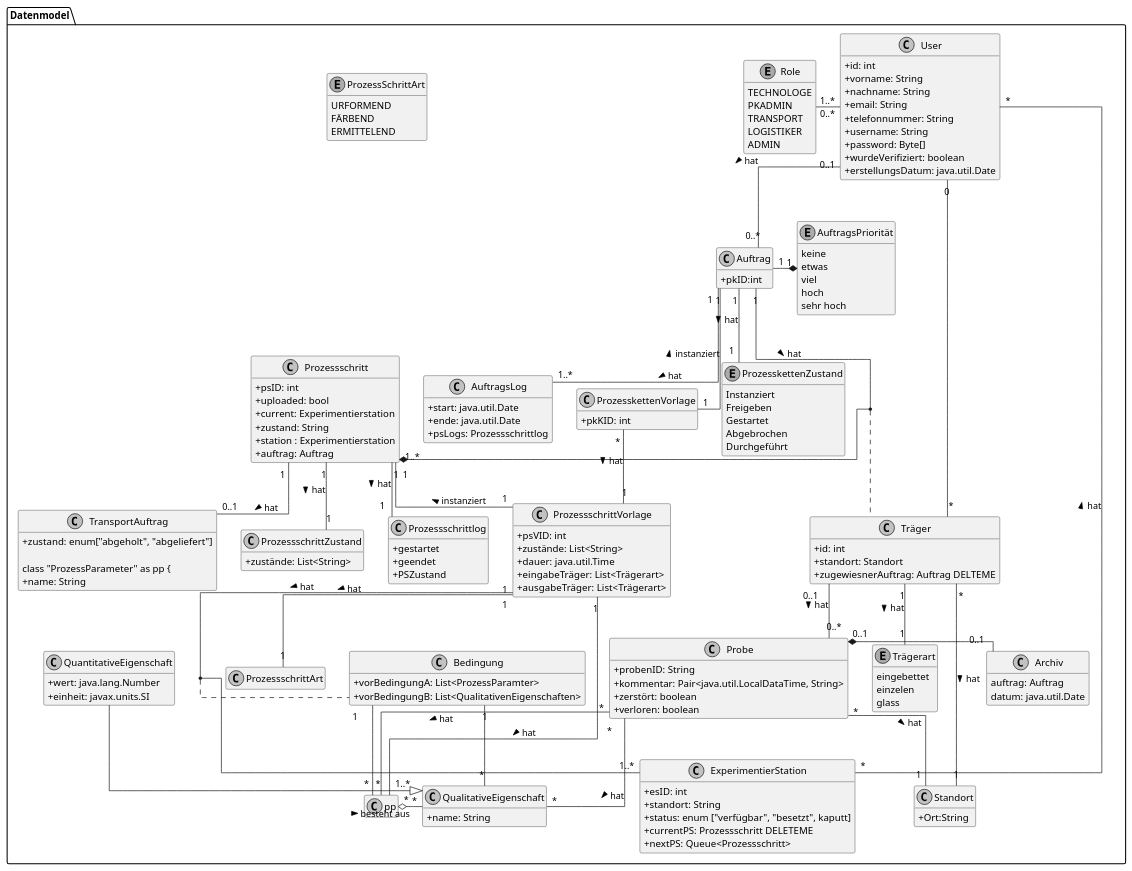
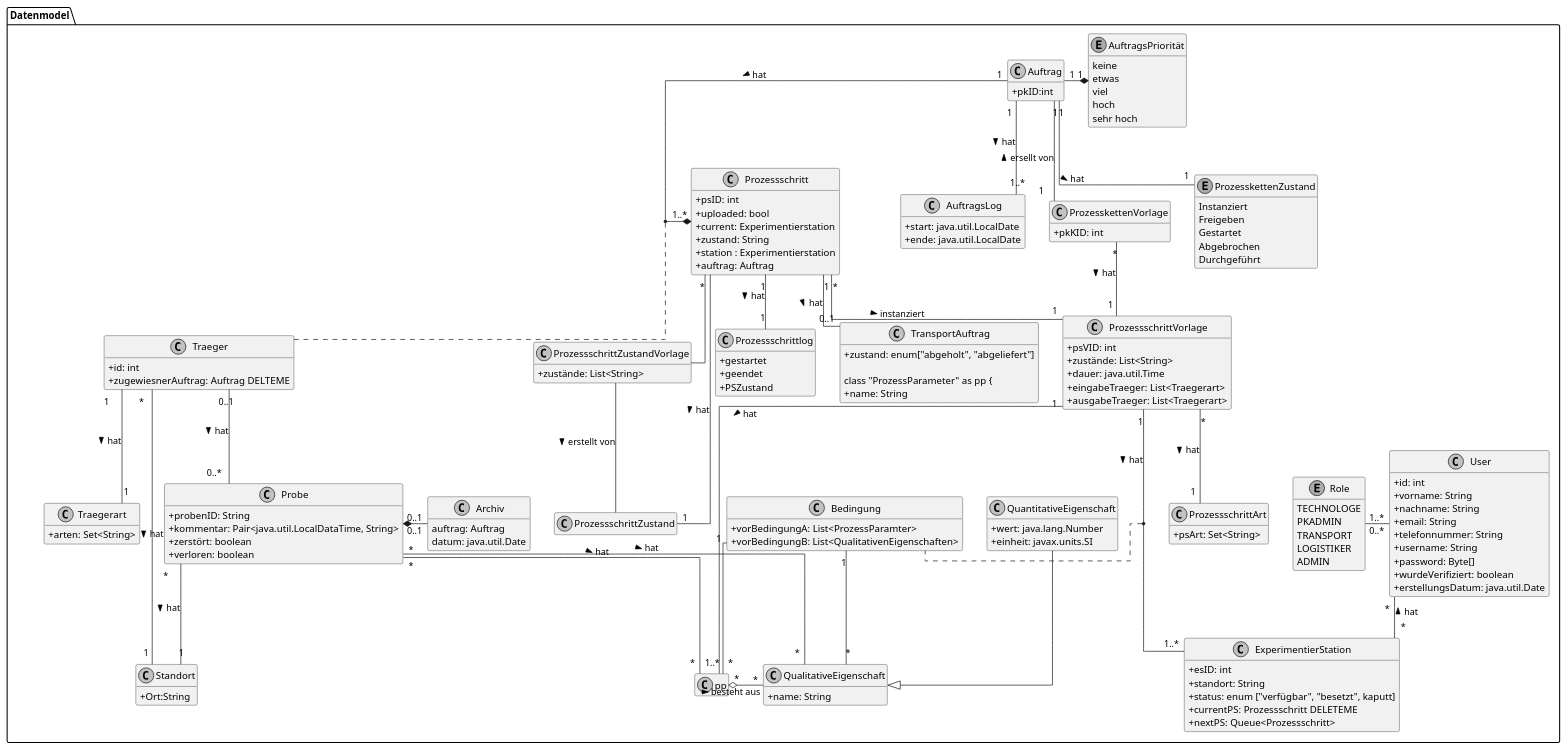
One commit to fkehlenb/softwareprojekt-2 changed the ninth of 9 diagrams in doc/UML/plantuml.org. Above: the diagram before and after it, drawn with PlantUML. The commit also changed 1 other file, not shown here.

Commit message:
erste Welle

```diff
--- a/doc/UML/plantuml.org
+++ b/doc/UML/plantuml.org
@@ -234,16 +234,13 @@
   +Ort:String
 }
 
-class Träger {
+class Traeger {
   +id: int
-  +standort: Standort
   +zugewiesnerAuftrag: Auftrag DELTEME
 }
 
-enum Trägerart {
-  eingebettet
-  einzelen
-  glass
+class Traegerart {
+  +arten: Set<String>
 }
 
 class Archiv {
@@ -276,6 +273,9 @@
 }
 
 class ProzessschrittZustand {
+}
+
+class ProzessschrittZustandVorlage {
    +zustände: List<String>
 }
 
@@ -283,14 +283,12 @@
   +psVID: int
   +zustände: List<String>
   +dauer: java.util.Time
-  +eingabeTräger: List<Trägerart>
-  +ausgabeTräger: List<Trägerart>
+  +eingabeTraeger: List<Traegerart>
+  +ausgabeTraeger: List<Traegerart>
 }
 
-enum ProzessSchrittArt {
-URFORMEND
-FÄRBEND
-ERMITTELEND
+class ProzessschrittArt {
+  +psArt: Set<String>
 }
 
  class TransportAuftrag {
@@ -306,9 +304,8 @@
 }
 
 class AuftragsLog {
-  +start: java.util.Date
-  +ende: java.util.Date
-  +psLogs: Prozessschrittlog
+  +start: java.util.LocalDate
+  +ende: java.util.LocalDate
 }
 
 
@@ -349,34 +346,35 @@
 
   User "0..*" -left- "1..*" Role
   User "*" -- "*" es: < hat
-  User "0" --  "*" Träger
 
 
-  User "0..1" -- "0..*" Auftrag: hat >
   Auftrag "1" -* "1" AuftragsPriorität
   Auftrag "1" -* "1..*" ps: hat >
   Auftrag "1"  -- "1..*" AuftragsLog: hat >
   Auftrag "1" -- "1" pkZ: hat >
-  Auftrag "1" -- "1" pkV: < instanziert
+  Auftrag "1" -- "1" pkV: < ersellt von
 
-  (Auftrag, ps) .. Träger
+  (Auftrag, ps) .. Traeger
 
 
-  ps "1" -- "1" psV: < instanziert
+  ps "*" -- "1" psV: instanziert >
   ps "1"-- "1" Prozessschrittlog:  hat >
-  ps "1" -- "1" ProzessschrittZustand: hat >
+  ps "*" -- "1" ProzessschrittZustand: hat >
   ps "1" -- "0..1" TransportAuftrag: hat >
 
 
-  psV "1" --  "1" ProzessschrittArt: hat >
+  psV "*" --  "1" ProzessschrittArt: hat >
   psV "1" -- "1..*" pp: hat >
   psV "1" --"1..*" es: hat >
 
   (psV, es) .. Bedingung
 
- Träger "1" -- "1" Trägerart: hat >
- Träger "0..1" -- "0..*" Probe: hat >
- Träger "*" -- "1" Standort: hat >
+ ProzessschrittZustandVorlage -- ProzessschrittZustand: erstellt von >
+ ps -- ProzessschrittZustandVorlage
+
+ Traeger "1" -- "1" Traegerart: hat >
+ Traeger "0..1" -- "0..*" Probe: hat >
+ Traeger "*" -- "1" Standort: hat >
 
   pkV "*" -- "1" psV: hat >
 
```
